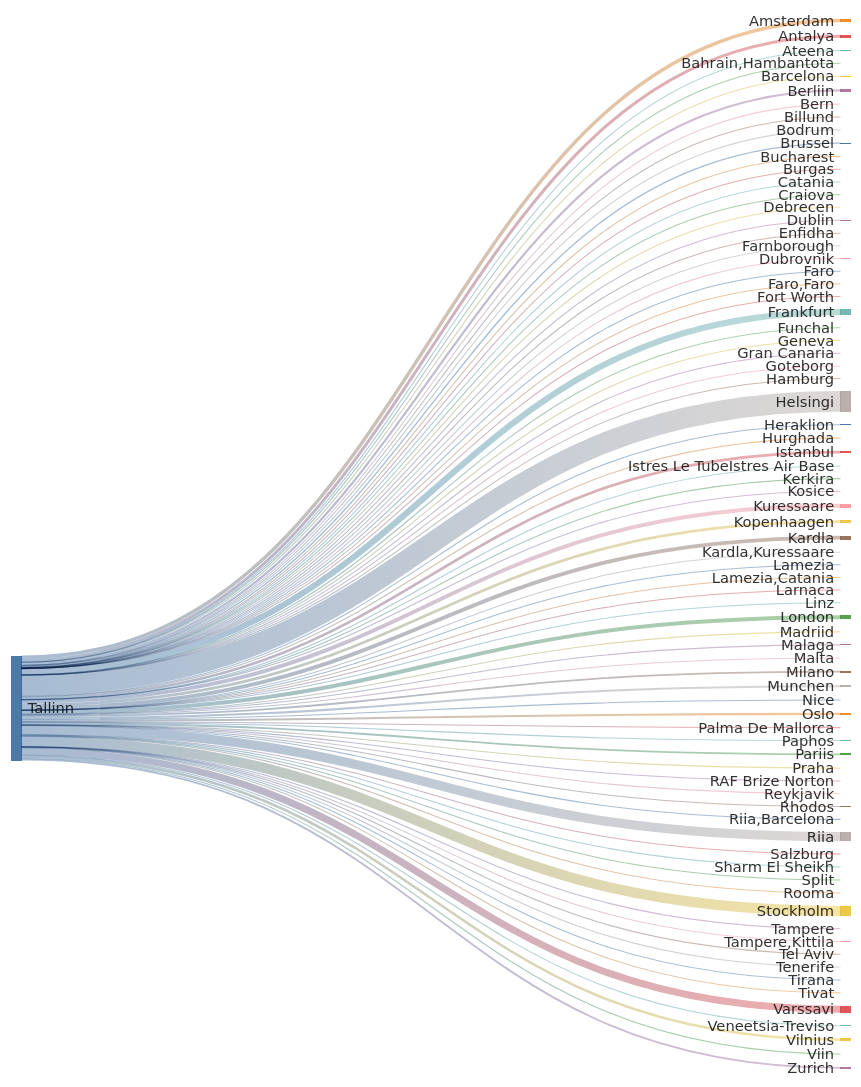
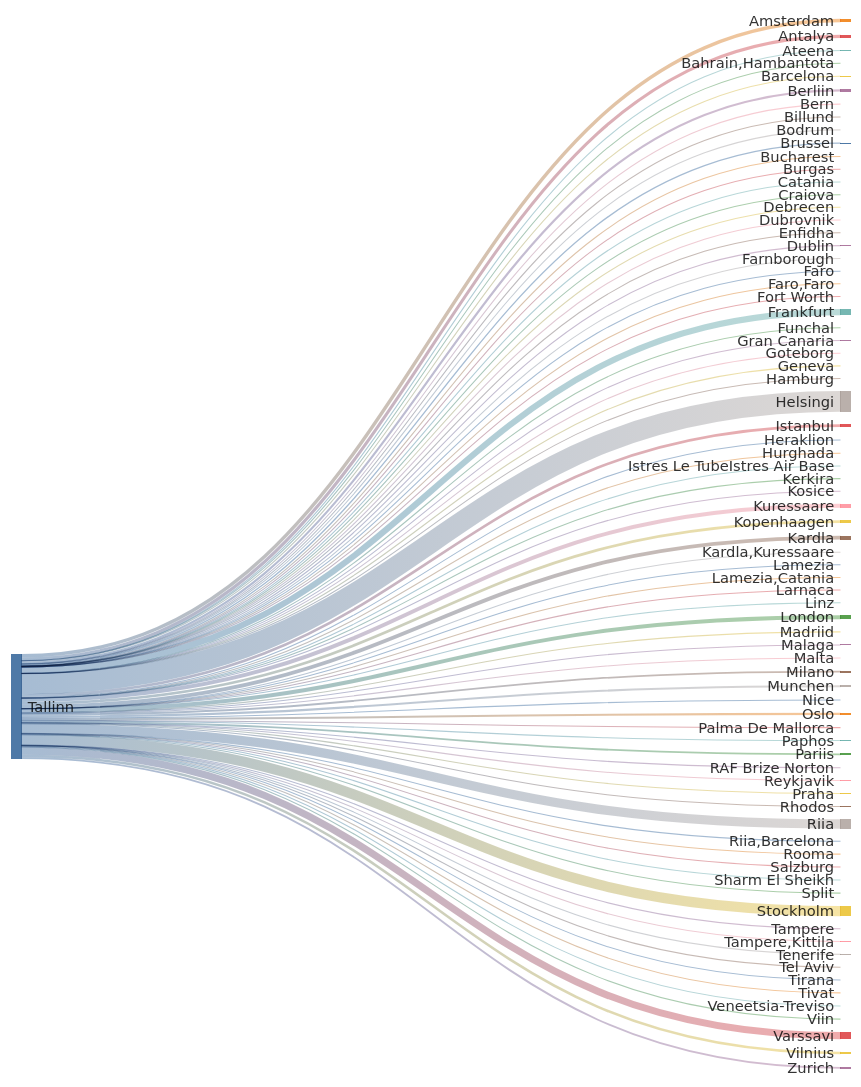
The second of 2 diagrams in README.md (rainermesi/tll-airport-departures), drawn with Mermaid before and after one commit. The commit also changed other lines of this file and 1 other file, not shown here.

````diff
--- a/README.md
+++ b/README.md
@@ -41,8 +41,8 @@
 ---
 sankey-beta
 %% source,target,value
-Tallinn,Amsterdam,531
-Tallinn,Antalya,472
+Tallinn,Amsterdam,533
+Tallinn,Antalya,475
 Tallinn,Ateena,16
 Tallinn,"Bahrain,Hambantota",1
 Tallinn,Barcelona,149
@@ -50,73 +50,73 @@
 Tallinn,Bern,1
 Tallinn,Billund,84
 Tallinn,Bodrum,12
-Tallinn,Brussel,204
+Tallinn,Brussel,205
 Tallinn,Bucharest,1
 Tallinn,Burgas,67
 Tallinn,Catania,2
 Tallinn,Craiova,1
 Tallinn,Debrecen,1
-Tallinn,Dublin,101
+Tallinn,Dublin,102
 Tallinn,Dubrovnik,21
 Tallinn,Enfidha,10
 Tallinn,Farnborough,1
 Tallinn,Faro,4
 Tallinn,"Faro,Faro",1
 Tallinn,Fort Worth,1
-Tallinn,Frankfurt,946
+Tallinn,Frankfurt,949
 Tallinn,Funchal,5
 Tallinn,Geneva,13
 Tallinn,Gran Canaria,38
 Tallinn,Goteborg,2
 Tallinn,Hamburg,2
-Tallinn,Helsingi,3183
+Tallinn,Helsingi,3192
 Tallinn,Heraklion,115
 Tallinn,Hurghada,75
-Tallinn,Istanbul,413
+Tallinn,Istanbul,414
 Tallinn,Istres Le TubeIstres Air Base,2
 Tallinn,Kerkira,4
-Tallinn,Kopenhaagen,428
+Tallinn,Kopenhaagen,430
 Tallinn,Kosice,1
-Tallinn,Kuressaare,602
-Tallinn,Kardla,604
+Tallinn,Kuressaare,604
+Tallinn,Kardla,606
 Tallinn,"Kardla,Kuressaare",1
-Tallinn,Lamezia,1
+Tallinn,Lamezia,2
 Tallinn,"Lamezia,Catania",3
 Tallinn,Larnaca,4
 Tallinn,Linz,2
-Tallinn,London,615
+Tallinn,London,617
 Tallinn,Madriid,4
-Tallinn,Malaga,129
+Tallinn,Malaga,130
 Tallinn,Malta,32
 Tallinn,Milano,279
-Tallinn,Munchen,332
+Tallinn,Munchen,333
 Tallinn,Nice,59
-Tallinn,Oslo,320
+Tallinn,Oslo,321
 Tallinn,Palma De Mallorca,36
 Tallinn,Paphos,66
-Tallinn,Pariis,281
+Tallinn,Pariis,282
 Tallinn,Praha,93
 Tallinn,RAF Brize Norton,1
 Tallinn,Reykjavik,20
 Tallinn,Rhodos,66
-Tallinn,Riia,1435
+Tallinn,Riia,1440
 Tallinn,"Riia,Barcelona",1
 Tallinn,Rooma,80
 Tallinn,Salzburg,14
 Tallinn,Sharm El Sheikh,107
 Tallinn,Split,59
-Tallinn,Stockholm,1581
+Tallinn,Stockholm,1586
 Tallinn,Tampere,17
 Tallinn,"Tampere,Kittila",21
 Tallinn,Tel Aviv,2
 Tallinn,Tenerife,58
 Tallinn,Tirana,40
 Tallinn,Tivat,76
-Tallinn,Varssavi,1099
+Tallinn,Varssavi,1102
 Tallinn,Veneetsia-Treviso,67
 Tallinn,Viin,106
-Tallinn,Vilnius,400
-Tallinn,Zurich,284
+Tallinn,Vilnius,402
+Tallinn,Zurich,285
 
 
 ```
````
